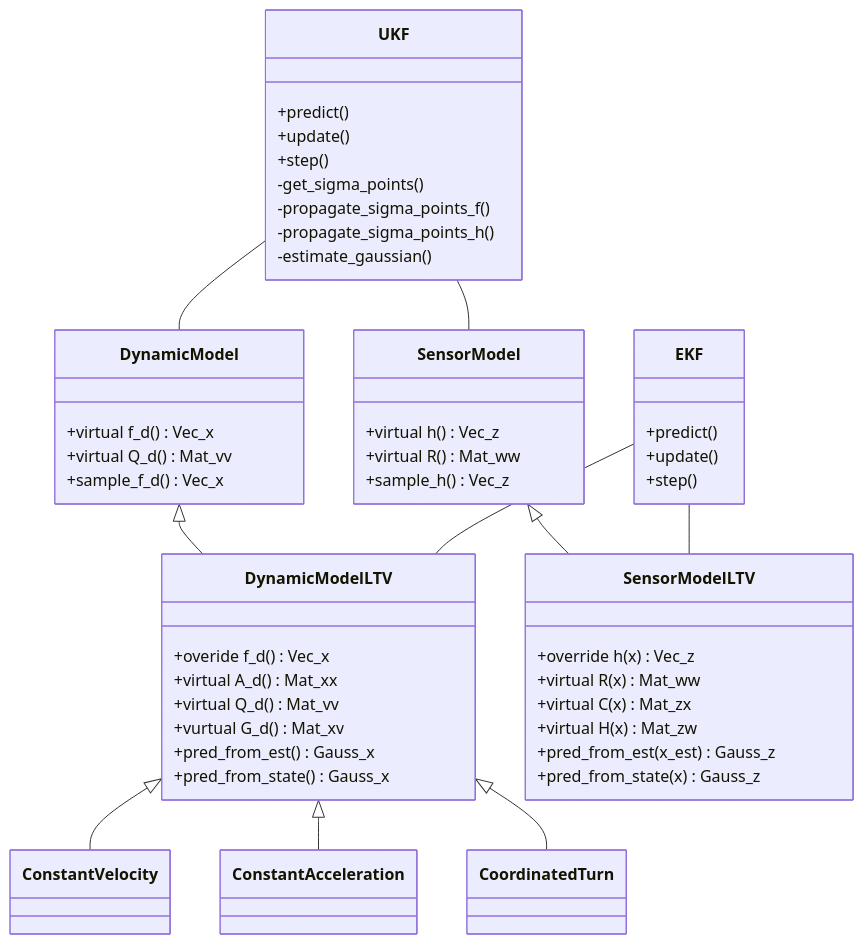
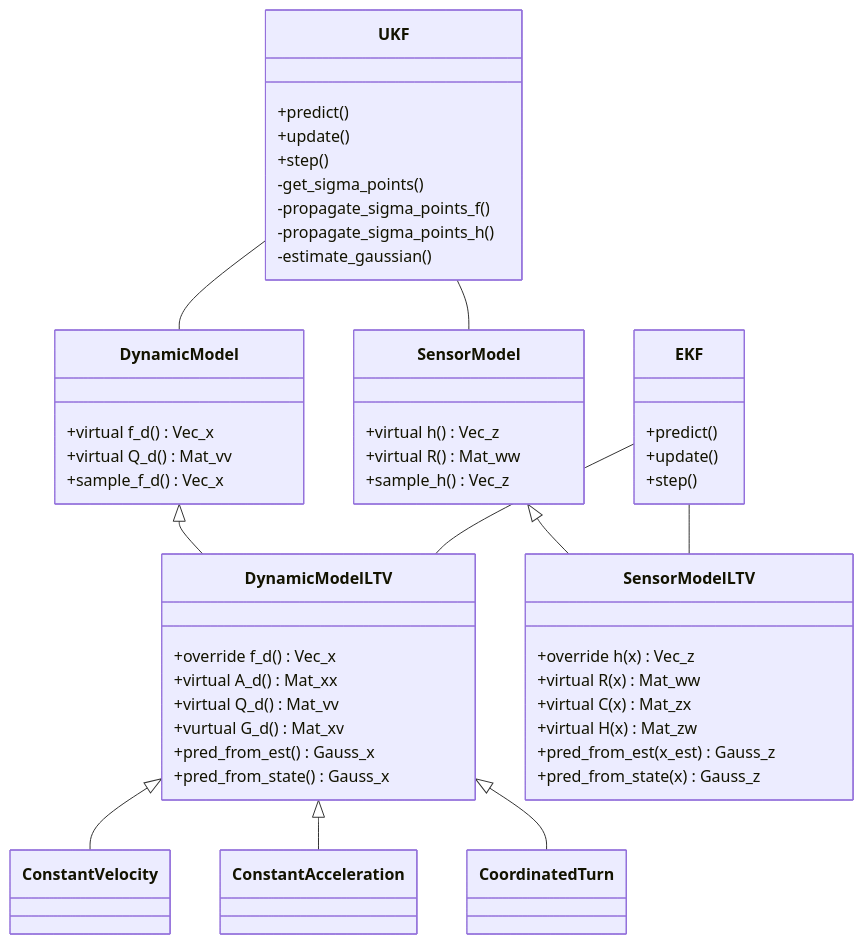
One commit to vortexntnu/vortex-vkf changed the diagram in vortex-filtering/README.md. Above: the diagram before and after it, drawn with Mermaid. The commit also changed 60 other files, not shown here.

````diff
--- a/vortex-filtering/README.md
+++ b/vortex-filtering/README.md
@@ -10,68 +10,68 @@
 ```mermaid
 classDiagram
 
     DynamicModel <|-- DynamicModelLTV
     SensorModel <|-- SensorModelLTV
     DynamicModelLTV <|-- ConstantVelocity
     DynamicModelLTV <|-- ConstantAcceleration
     DynamicModelLTV <|-- CoordinatedTurn
 
     EKF -- DynamicModelLTV
     EKF -- SensorModelLTV
 
     UKF -- DynamicModel
     UKF -- SensorModel
 
 
 
     class EKF{
         +predict()
         +update()
         +step()
     }
 
     class UKF{
         +predict()
         +update()
         +step()
         -get_sigma_points()
         -propagate_sigma_points_f()
         -propagate_sigma_points_h()
         -estimate_gaussian()
     }
 
     class DynamicModel{
         +virtual f_d() Vec_x
         +virtual Q_d() Mat_vv
         +sample_f_d() Vec_x
     }
 
     class SensorModel{
         +virtual h() Vec_z
         +virtual R() Mat_ww
         +sample_h() Vec_z
     }
 
     class DynamicModelLTV {
-        +overide f_d() Vec_x
+        +override f_d() Vec_x
         +virtual A_d() Mat_xx
         +virtual Q_d() Mat_vv
         +vurtual G_d() Mat_xv
         +pred_from_est() Gauss_x
         +pred_from_state() Gauss_x
     }
 
     class SensorModelLTV {
         +override h(x) Vec_z
         +virtual R(x) Mat_ww
         +virtual C(x) Mat_zx
         +virtual H(x) Mat_zw
         +pred_from_est(x_est) Gauss_z
         +pred_from_state(x) Gauss_z
     }
 
     class ConstantVelocity
     class CoordinatedTurn
     class ConstantAcceleration
 
 ```
````
